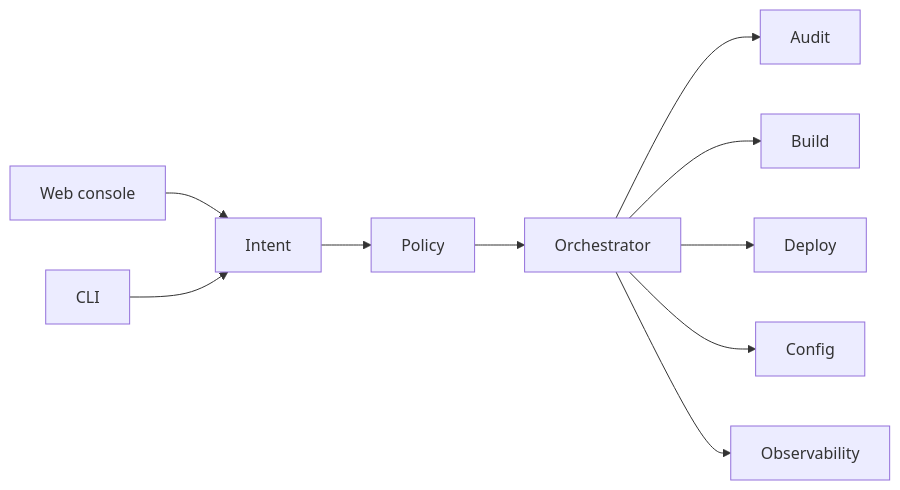
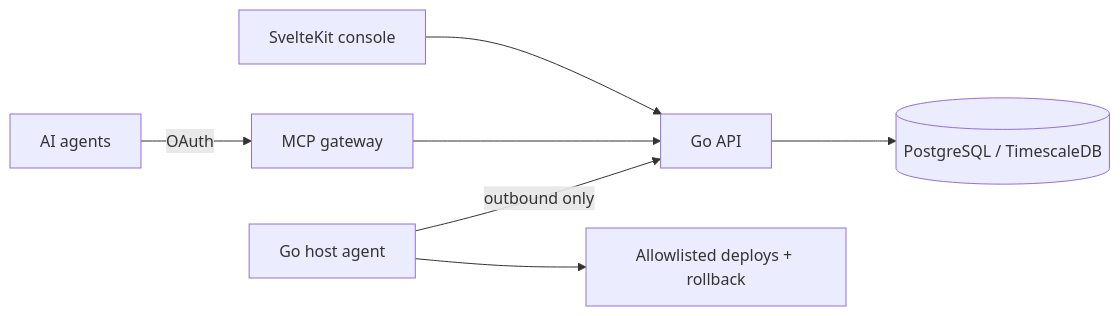
One commit to binartist/about-me changed the diagram in src/en/products/deploybot.md. Above: the diagram before and after it, drawn with Mermaid. The commit also changed other lines of this file and 10 other files, not shown here.

````diff
--- a/src/en/products/deploybot.md
+++ b/src/en/products/deploybot.md
@@ -11,12 +11,9 @@
 ```mermaid
 flowchart LR
-  Web[Web console] --> Intent[Intent]
-  CLI[CLI] --> Intent
-  Intent --> Policy[Policy]
-  Policy --> Orch[Orchestrator]
-  Orch --> Audit[Audit]
-  Orch --> Build[Build]
-  Orch --> Deploy[Deploy]
-  Orch --> Config[Config]
-  Orch --> Observe[Observability]
+  Agents[AI agents] -->|OAuth| MCP[MCP gateway]
+  Console[SvelteKit console] --> API[Go API]
+  MCP --> API
+  API --> PG[(PostgreSQL / TimescaleDB)]
+  HostAgent[Go host agent] -->|outbound only| API
+  HostAgent --> Deploy[Allowlisted deploys + rollback]
 ```
````
